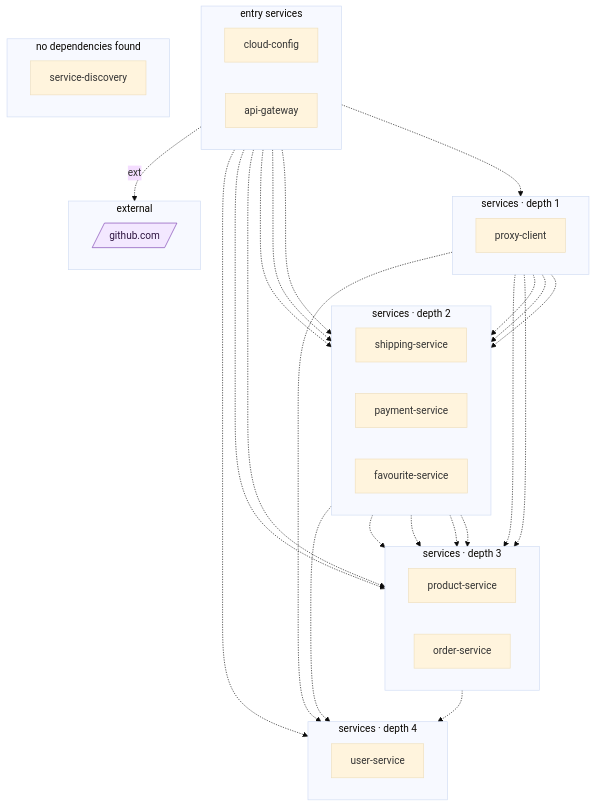
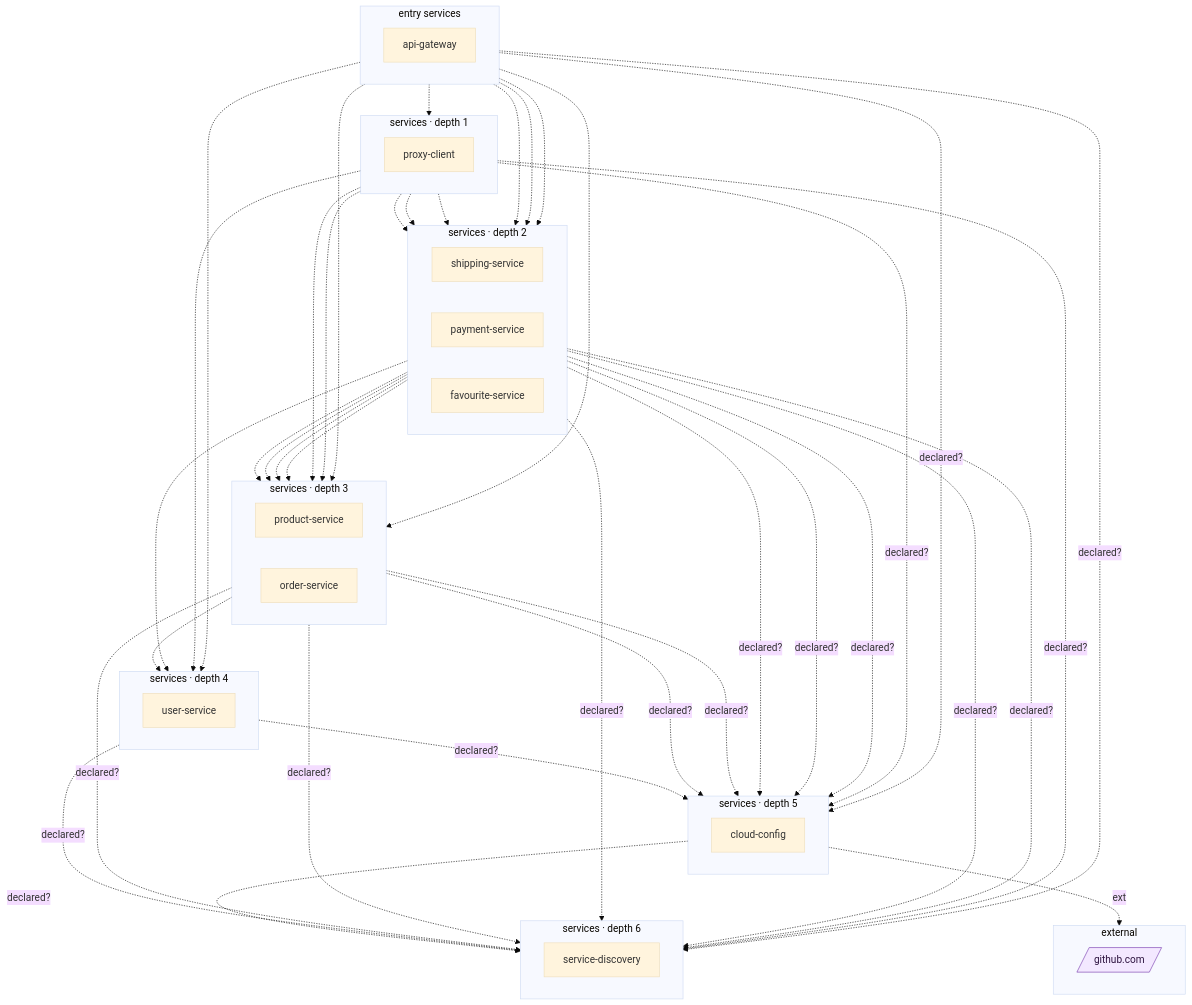
The diagram in docs/generalization/ecommerce.summary.md (ANYuu531/ChatOps4Msa-Pipeline), drawn with Mermaid (base theme) before and after one commit. The commit also changed other lines of this file and 105 other files, not shown here.

````diff
--- a/docs/generalization/ecommerce.summary.md
+++ b/docs/generalization/ecommerce.summary.md
@@ -57,60 +83,80 @@
 ```mermaid
 flowchart TB
 %% DepWeaver — microservice dependency graph
 %% solid arrow = observed at runtime (Istio) · dashed = declared in code/doc only
 %% node shape: [service] ([gateway]) [(db)] {{queue}} [/external/]
   subgraph layer0 ["entry services"]
     direction LR
-    cloud_config["cloud-config"]
     api_gateway["api-gateway"]
   end
   subgraph layer1 ["services · depth 1"]
     direction LR
     proxy_client["proxy-client"]
   end
   subgraph layer2 ["services · depth 2"]
     direction LR
     shipping_service["shipping-service"]
     payment_service["payment-service"]
     favourite_service["favourite-service"]
   end
   subgraph layer3 ["services · depth 3"]
     direction LR
     product_service["product-service"]
     order_service["order-service"]
   end
   subgraph layer4 ["services · depth 4"]
     direction LR
     user_service["user-service"]
   end
-  subgraph layer5 ["external"]
+  subgraph layer5 ["services · depth 5"]
+    direction LR
+    cloud_config["cloud-config"]
+  end
+  subgraph layer6 ["services · depth 6"]
+    direction LR
+    service_discovery["service-discovery"]
+  end
+  subgraph layer7 ["external"]
     direction LR
     github_com[/"github.com"/]:::external
-  end
-  subgraph layer6 ["no dependencies found"]
-    direction LR
-    service_discovery["service-discovery"]
   end
   shipping_service -.-> product_service
   shipping_service -.-> order_service
   payment_service -.-> order_service
   favourite_service -.-> user_service
   favourite_service -.-> product_service
   order_service -.-> user_service
   proxy_client -.-> order_service
   proxy_client -.-> payment_service
   proxy_client -.-> user_service
   proxy_client -.-> product_service
   proxy_client -.-> favourite_service
   proxy_client -.-> shipping_service
+  product_service -. declared? .-> cloud_config
   cloud_config -. ext .-> github_com
+  api_gateway -. declared? .-> cloud_config
   api_gateway -.-> order_service
   api_gateway -.-> payment_service
   api_gateway -.-> product_service
   api_gateway -.-> shipping_service
   api_gateway -.-> user_service
   api_gateway -.-> favourite_service
   api_gateway -.-> proxy_client
+  shipping_service -. declared? .-> cloud_config
+  payment_service -. declared? .-> cloud_config
+  favourite_service -. declared? .-> cloud_config
+  order_service -. declared? .-> cloud_config
+  user_service -. declared? .-> cloud_config
+  proxy_client -. declared? .-> cloud_config
+  product_service -. declared? .-> service_discovery
+  cloud_config -. declared? .-> service_discovery
+  api_gateway -. declared? .-> service_discovery
+  shipping_service -. declared? .-> service_discovery
+  payment_service -. declared? .-> service_discovery
+  favourite_service -. declared? .-> service_discovery
+  order_service -. declared? .-> service_discovery
+  user_service -. declared? .-> service_discovery
+  proxy_client -. declared? .-> service_discovery
 classDef external fill:#f3e8ff,stroke:#7a3fb0,color:#2e1440;
 
 ```
````
